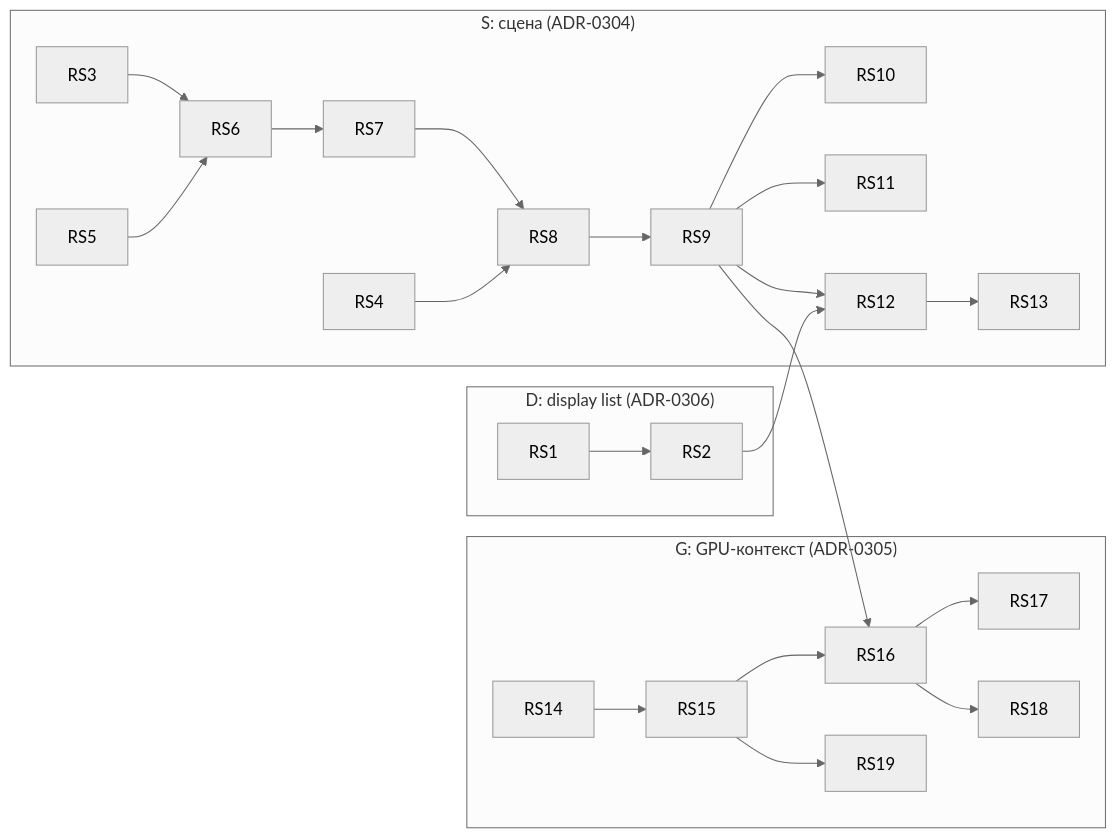
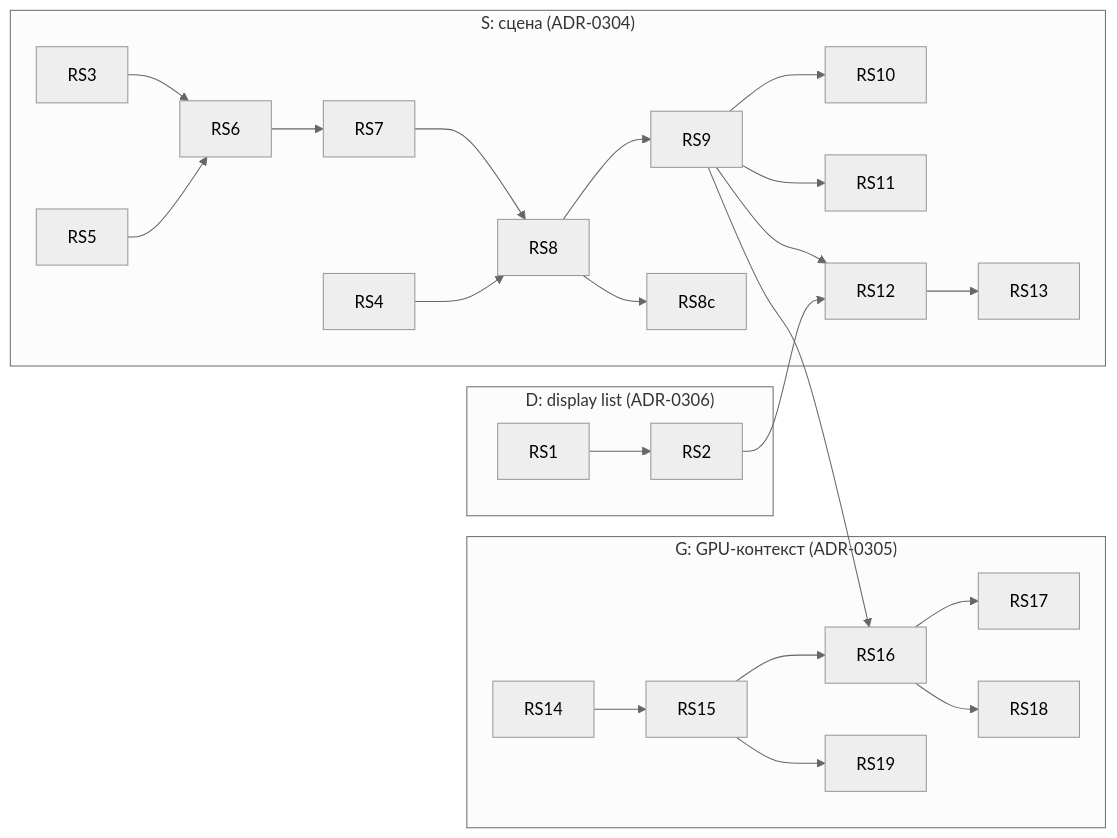
Before and after one commit to vanyastaff/flui: the diagram in docs/plans/specs/render-scaling/design.md, drawn with Mermaid (neutral theme). The commit also changed other lines of this file and 124 other files, not shown here.

````diff
--- a/docs/plans/specs/render-scaling/design.md
+++ b/docs/plans/specs/render-scaling/design.md
@@ -10,22 +10,23 @@
 ```mermaid
 graph LR
   subgraph D["D: display list (ADR-0306)"]
     RS1 --> RS2
   end
   subgraph S["S: сцена (ADR-0304)"]
     RS3 --> RS6
     RS5 --> RS6 --> RS7 --> RS8
     RS4 --> RS8
     RS8 --> RS9 --> RS10
+    RS8 --> RS8c
     RS9 --> RS11
     RS9 --> RS12
     RS12 --> RS13
   end
   subgraph G["G: GPU-контекст (ADR-0305)"]
     RS14 --> RS15 --> RS16 --> RS17
     RS16 --> RS18
     RS15 --> RS19
   end
   RS2 --> RS12
   RS9 --> RS16
 ```
````
